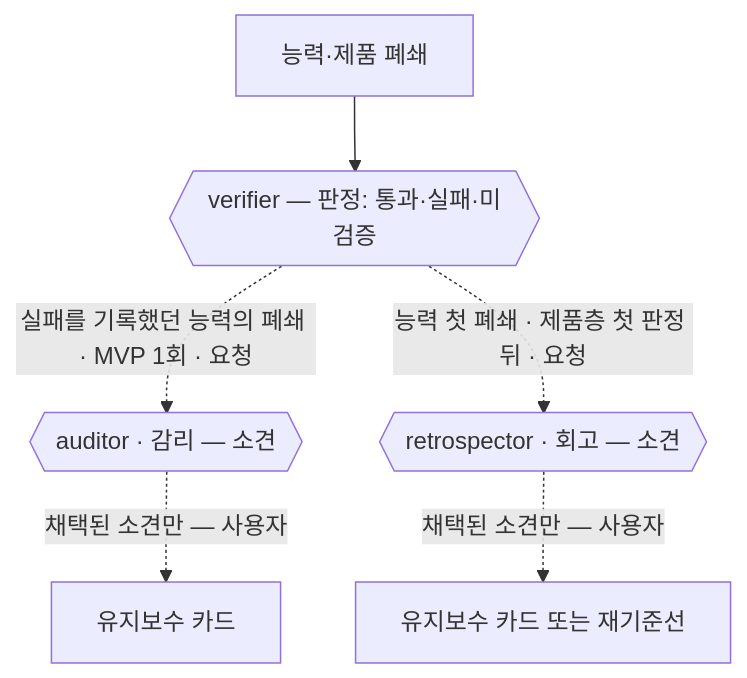
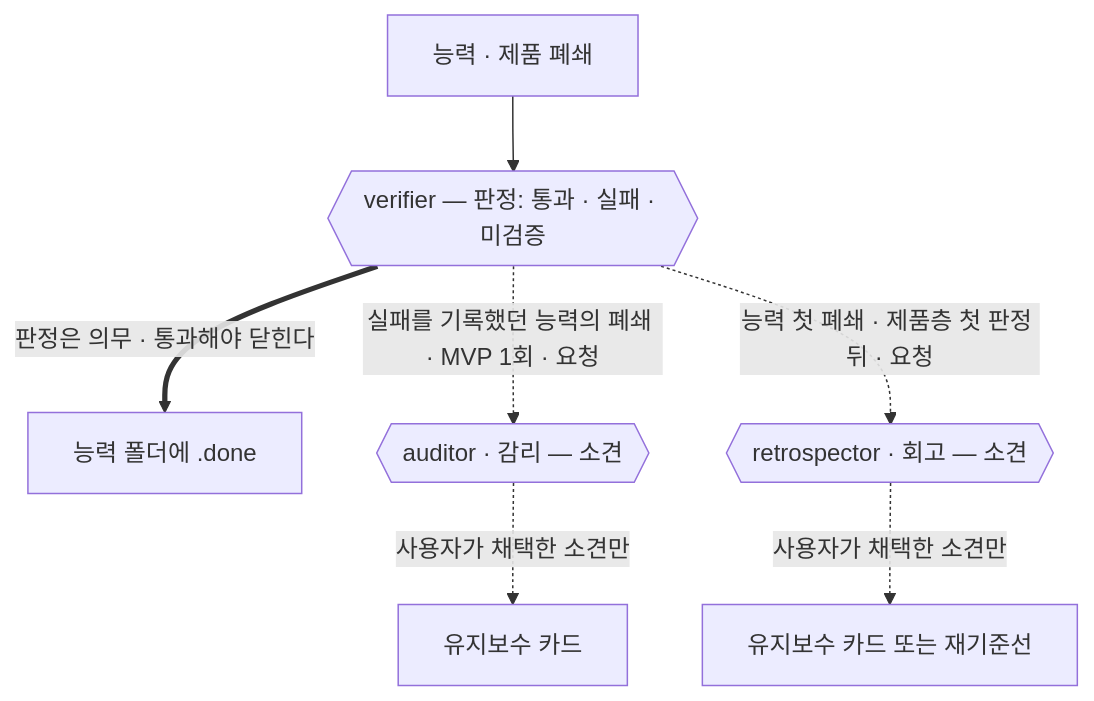
One commit to nanomia-ai/devflow changed the fourth of 5 diagrams in README_ko.md. Above: the diagram before and after it, drawn with Mermaid. The commit also changed other lines of this file and 5 other files, not shown here.

````diff
--- a/README_ko.md
+++ b/README_ko.md
@@ -206,8 +204,9 @@
 ```mermaid
 flowchart TB
-    CL["능력·제품 폐쇄"] --> VF{{"verifier — 판정: 통과·실패·미검증"}}
+    CL["능력 · 제품 폐쇄"] --> VF{{"verifier — 판정: 통과 · 실패 · 미검증"}}
+    VF ==>|"판정은 의무 · 통과해야 닫힌다"| DN["능력 폴더에 .done"]
     VF -.->|"실패를 기록했던 능력의 폐쇄 · MVP 1회 · 요청"| AU{{"auditor · 감리 — 소견"}}
     VF -.->|"능력 첫 폐쇄 · 제품층 첫 판정 뒤 · 요청"| RT{{"retrospector · 회고 — 소견"}}
-    AU -.->|"채택된 소견만 — 사용자"| MC["유지보수 카드"]
-    RT -.->|"채택된 소견만 — 사용자"| RB["유지보수 카드 또는 재기준선"]
+    AU -.->|"사용자가 채택한 소견만"| MC["유지보수 카드"]
+    RT -.->|"사용자가 채택한 소견만"| RB["유지보수 카드 또는 재기준선"]
 ```
````
